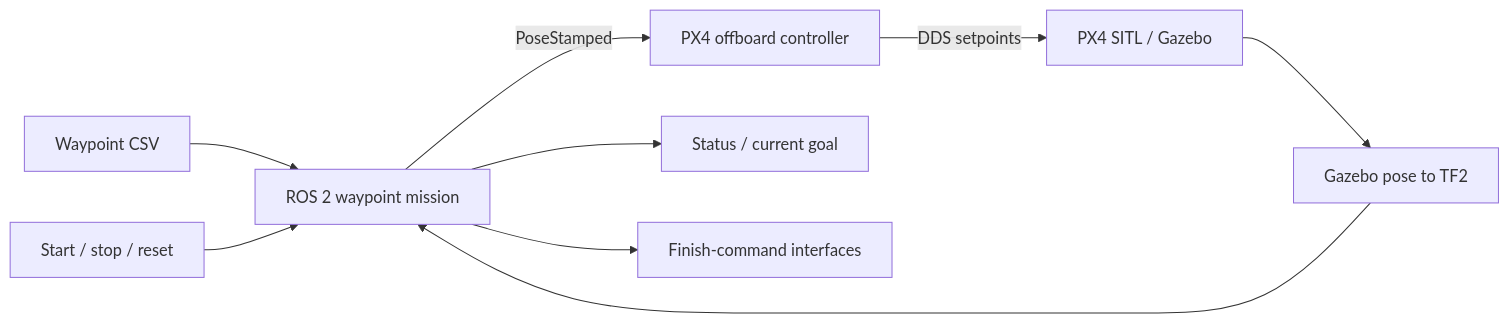
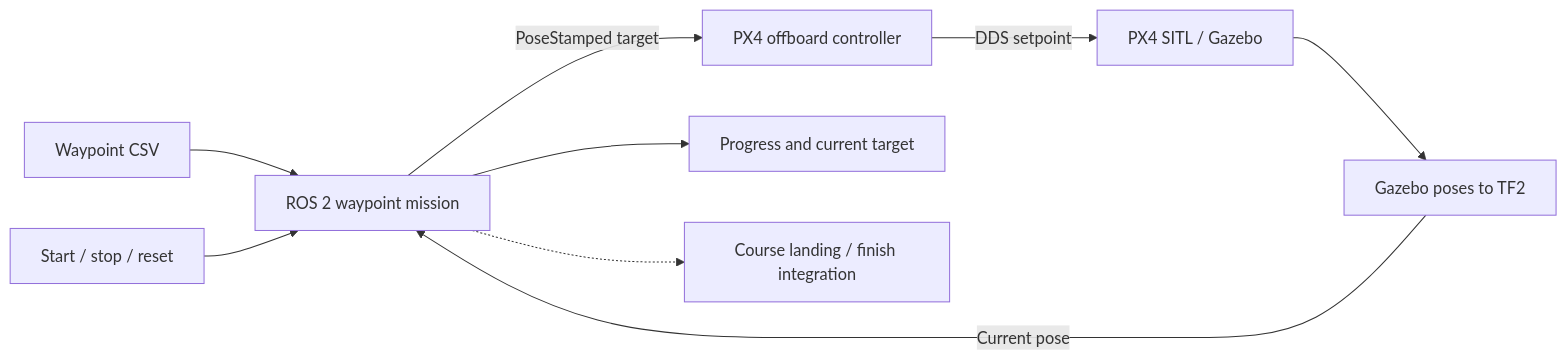
One commit to steveandy-sudo/uav-waypoint-portfolio changed the diagram in README.md. Above: the diagram before and after it, drawn with Mermaid. The commit also changed other lines of this file and 1 other file, not shown here.

Commit message:
Present UAV mission evidence and integration design clearly

````diff
--- a/README.md
+++ b/README.md
@@ -34,11 +26,11 @@
 ```mermaid
 flowchart LR
     CSV[Waypoint CSV] --> Mission[ROS 2 waypoint mission]
-    Sim[PX4 SITL / Gazebo] --> TF[Gazebo pose to TF2]
-    TF --> Mission
+    Sim[PX4 SITL / Gazebo] --> TF[Gazebo poses to TF2]
+    TF -->|Current pose| Mission
     User[Start / stop / reset] --> Mission
-    Mission -->|PoseStamped| Controller[PX4 offboard controller]
-    Controller -->|DDS setpoints| Sim
-    Mission --> Status[Status / current goal]
-    Mission --> Finish[Finish-command interfaces]
+    Mission -->|PoseStamped target| Controller[PX4 offboard controller]
+    Controller -->|DDS setpoint| Sim
+    Mission --> Status[Progress and current target]
+    Mission -.-> Finish[Course landing / finish integration]
 ```
````
